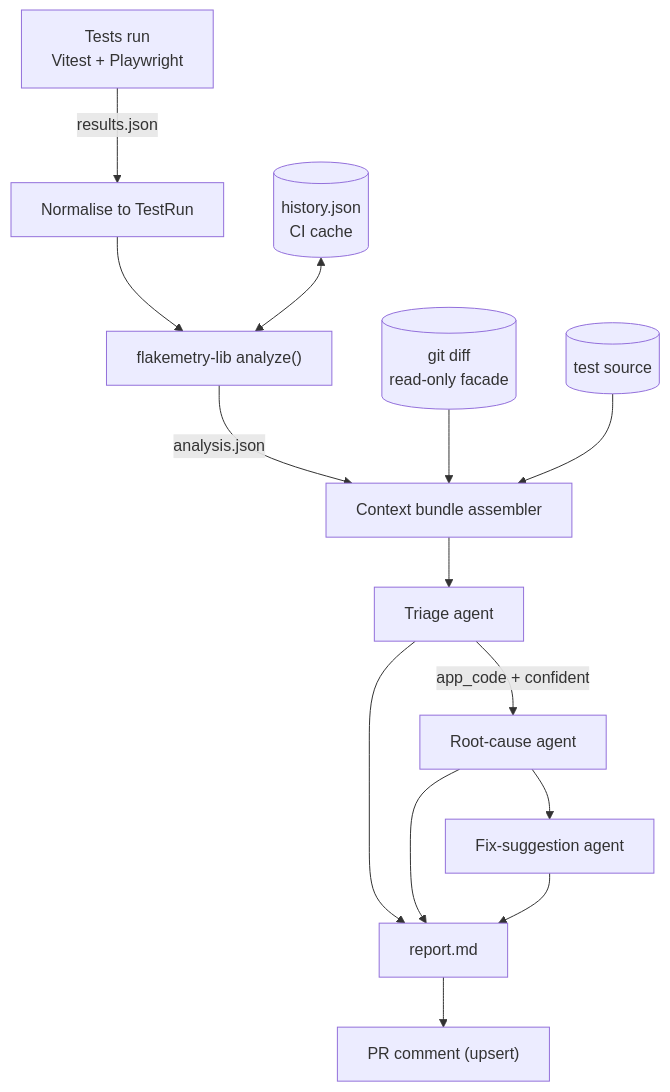
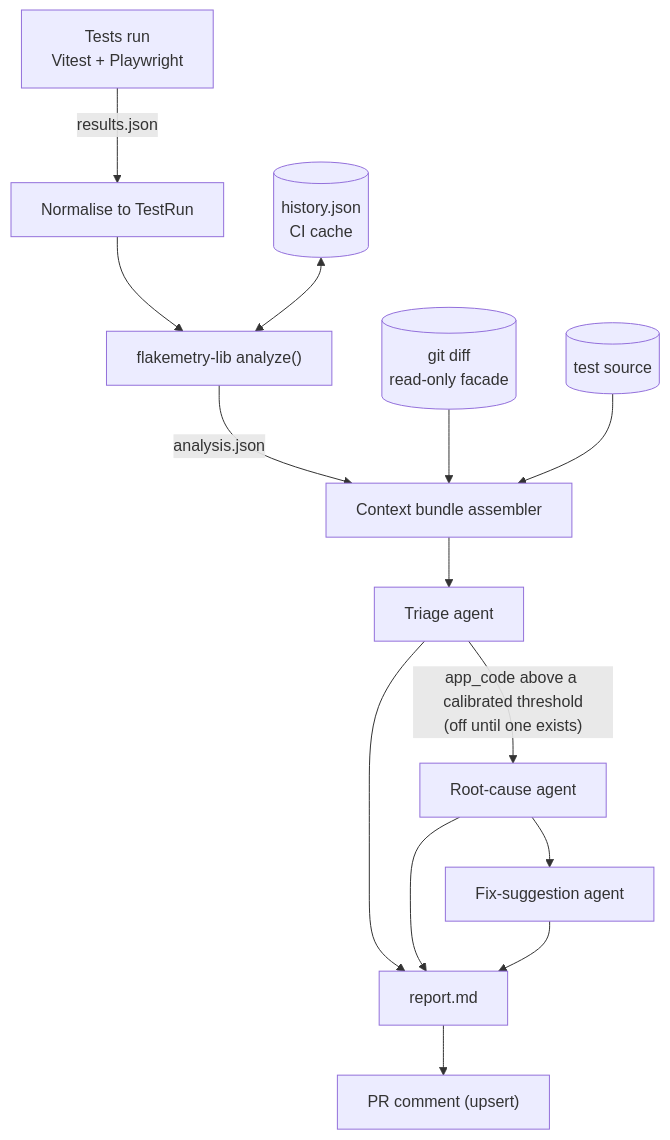
Before and after one commit to AKogut/ai-flaky-test-triage: the diagram in wiki/Architecture-Overview.md, drawn with Mermaid. The commit also changed other lines of this file and 13 other files, not shown here.

````diff
--- a/wiki/Architecture-Overview.md
+++ b/wiki/Architecture-Overview.md
@@ -20,16 +20,16 @@
 ```mermaid
 flowchart TB
     TEST["Tests run<br/>Vitest + Playwright"] -->|results.json| NORM["Normalise to TestRun"]
     NORM --> FM["flakemetry-lib analyze()"]
     HIST[("history.json<br/>CI cache")] <--> FM
     FM -->|analysis.json| BUNDLE["Context bundle assembler"]
     DIFF[("git diff<br/>read-only facade")] --> BUNDLE
     SRC[("test source")] --> BUNDLE
     BUNDLE --> TRIAGE["Triage agent"]
-    TRIAGE -->|"app_code + confident"| RC["Root-cause agent"]
+    TRIAGE -->|"app_code above a calibrated threshold<br/>(off until one exists)"| RC["Root-cause agent"]
     RC --> FIX["Fix-suggestion agent"]
     TRIAGE --> REPORT["report.md"]
     RC --> REPORT
     FIX --> REPORT
     REPORT --> COMMENT["PR comment (upsert)"]
 ```
````
